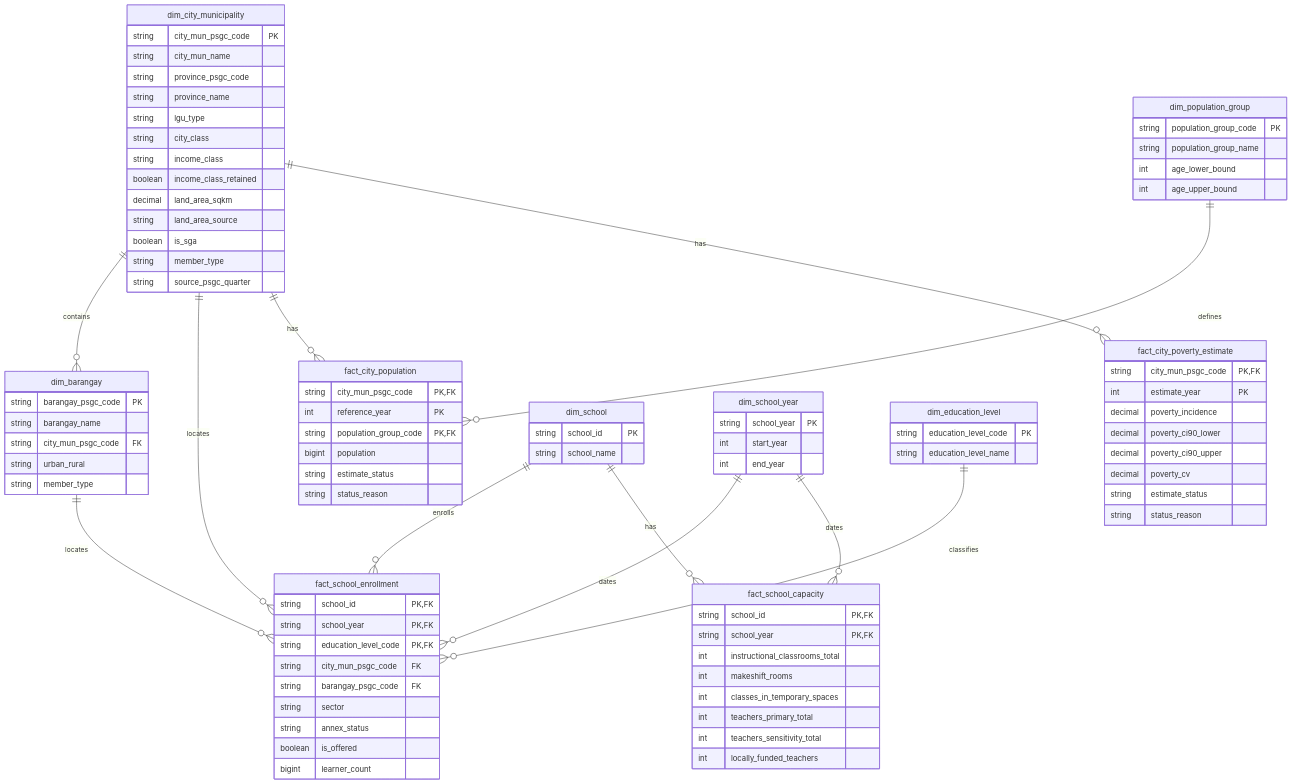
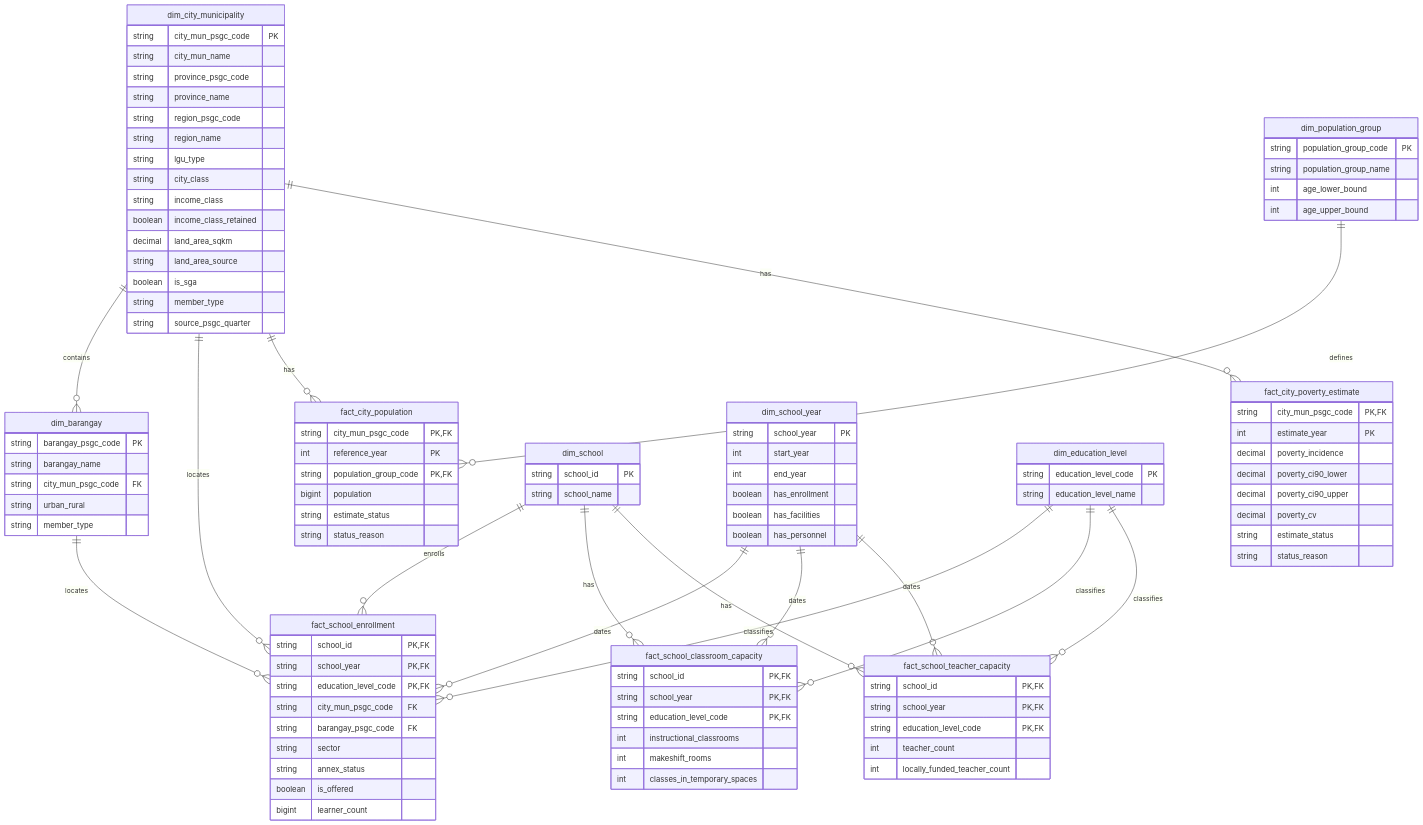
The diagram in docs/architecture/data-model.md (reached-hq/edu-access-intelligence), drawn with Mermaid before and after one commit. The commit also changed other lines of this file and 2 other files, not shown here.

Commit message:
Refine Gold capacity and availability model

```diff
--- a/docs/architecture/data-model.md
+++ b/docs/architecture/data-model.md
@@ -200,10 +260,14 @@
   dim_city_municipality ||--o{ fact_city_poverty_estimate : has
   dim_barangay ||--o{ fact_school_enrollment : locates
   dim_school ||--o{ fact_school_enrollment : enrolls
-  dim_school ||--o{ fact_school_capacity : has
+  dim_school ||--o{ fact_school_classroom_capacity : has
+  dim_school ||--o{ fact_school_teacher_capacity : has
   dim_school_year ||--o{ fact_school_enrollment : dates
-  dim_school_year ||--o{ fact_school_capacity : dates
+  dim_school_year ||--o{ fact_school_classroom_capacity : dates
+  dim_school_year ||--o{ fact_school_teacher_capacity : dates
   dim_education_level ||--o{ fact_school_enrollment : classifies
+  dim_education_level ||--o{ fact_school_classroom_capacity : classifies
+  dim_education_level ||--o{ fact_school_teacher_capacity : classifies
   dim_population_group ||--o{ fact_city_population : defines
 
   dim_city_municipality {
@@ -211,6 +275,8 @@
     string city_mun_name
     string province_psgc_code
     string province_name
+    string region_psgc_code
+    string region_name
     string lgu_type
     string city_class
     string income_class
@@ -236,6 +302,9 @@
     string school_year PK
     int start_year
     int end_year
+    boolean has_enrollment
+    boolean has_facilities
+    boolean has_personnel
   }
   dim_education_level {
     string education_level_code PK
@@ -258,15 +327,20 @@
     boolean is_offered
     bigint learner_count
   }
-  fact_school_capacity {
+  fact_school_classroom_capacity {
     string school_id PK,FK
     string school_year PK,FK
-    int instructional_classrooms_total
+    string education_level_code PK,FK
+    int instructional_classrooms
     int makeshift_rooms
     int classes_in_temporary_spaces
-    int teachers_primary_total
-    int teachers_sensitivity_total
-    int locally_funded_teachers
+  }
+  fact_school_teacher_capacity {
+    string school_id PK,FK
+    string school_year PK,FK
+    string education_level_code PK,FK
+    int teacher_count
+    int locally_funded_teacher_count
   }
   fact_city_population {
     string city_mun_psgc_code PK,FK
```
